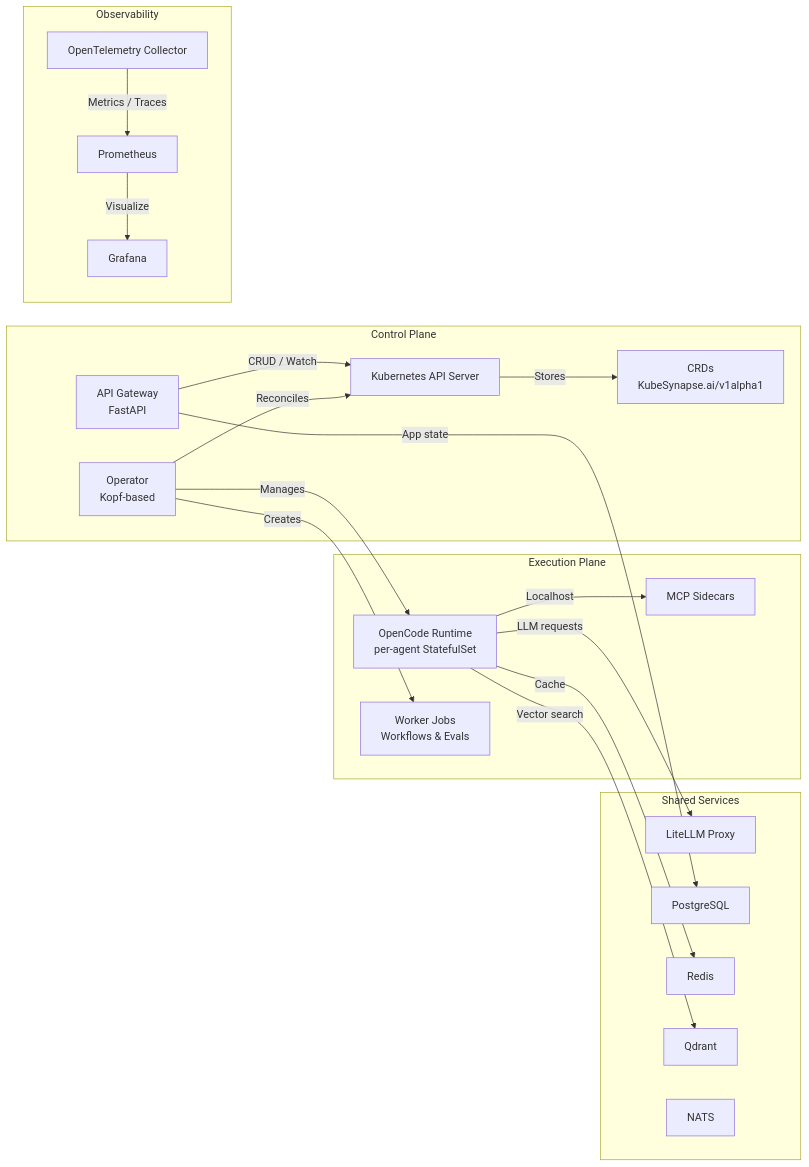
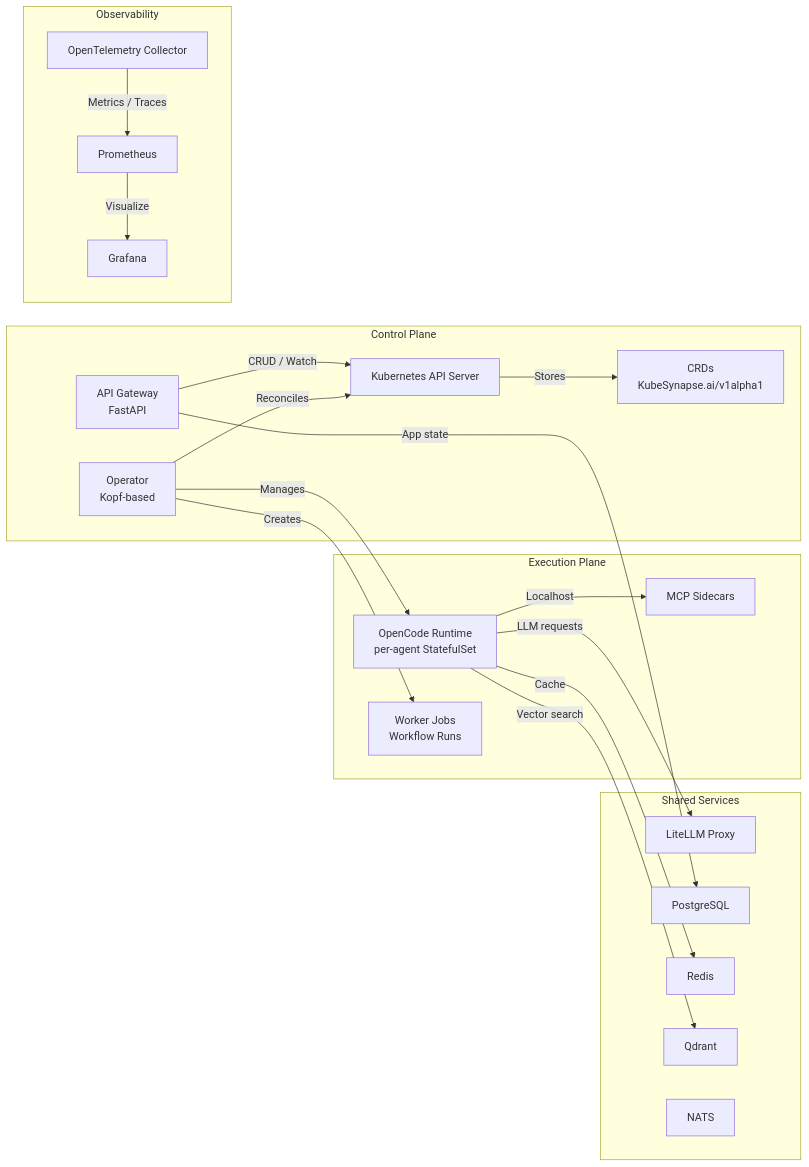
One commit to ykbytes/kubesynapse.ai changed the second of 5 diagrams in docs/architecture.md. Above: the diagram before and after it, drawn with Mermaid. The commit also changed other lines of this file and 80 other files, not shown here.

````diff
--- a/docs/architecture.md
+++ b/docs/architecture.md
@@ -68,42 +68,42 @@
 ```mermaid
 flowchart LR
     subgraph Control["Control Plane"]
         K8S[Kubernetes API Server]
         CRD[CRDs<br/>KubeSynapse.ai/v1alpha1]
         OP[Operator<br/>Kopf-based]
         GW[API Gateway<br/>FastAPI]
     end
 
     subgraph Execution["Execution Plane"]
         RT[OpenCode Runtime<br/>per-agent StatefulSet]
         MCP[MCP Sidecars]
-        Worker[Worker Jobs<br/>Workflows & Evals]
+        Worker[Worker Jobs<br/>Workflow Runs]
     end
 
     subgraph Shared["Shared Services"]
         LiteLLM[LiteLLM Proxy]
         PG[PostgreSQL]
         Redis[Redis]
         Qdrant[Qdrant]
         NATS[NATS]
     end
 
     subgraph Observability["Observability"]
         Prom[Prometheus]
         Graf[Grafana]
         OTEL[OpenTelemetry Collector]
     end
 
     GW -->|CRUD / Watch| K8S
     K8S -->|Stores| CRD
     OP -->|Reconciles| K8S
     OP -->|Manages| RT
     OP -->|Creates| Worker
     RT -->|LLM requests| LiteLLM
     RT -->|Vector search| Qdrant
     RT -->|Cache| Redis
     RT -->|Localhost| MCP
     GW -->|App state| PG
     OTEL -->|Metrics / Traces| Prom
     Prom -->|Visualize| Graf
 ```
````
